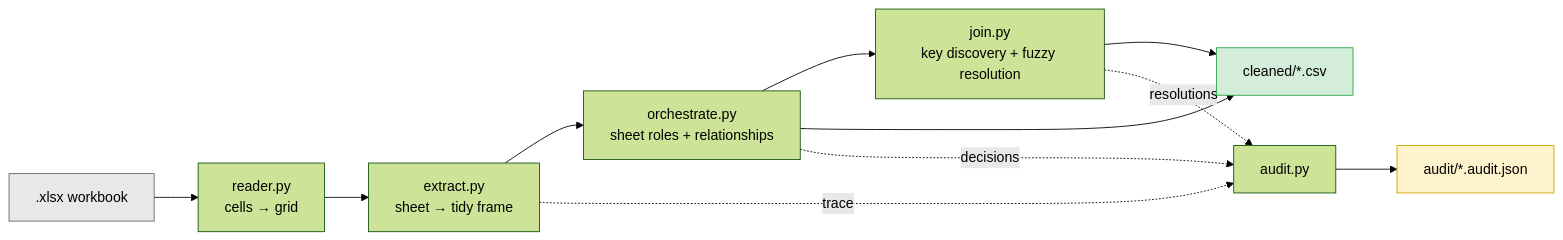
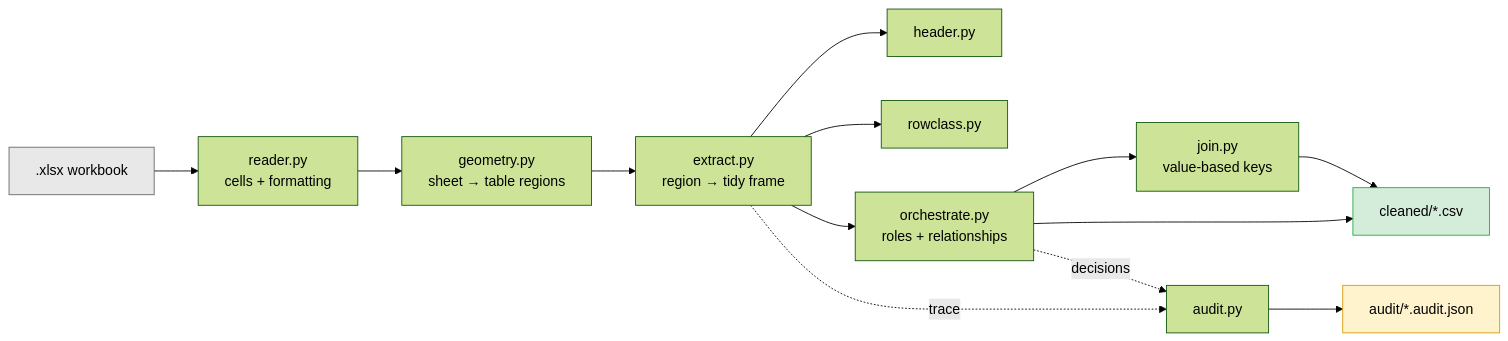
Before and after one commit to rahul-neogi-exavalu/Dirty_excel_cleaner: the first of 4 diagrams in ARCHITECTURE.md, drawn with Mermaid (forest theme). The commit also changed other lines of this file and 48 other files, not shown here.

````diff
--- a/ARCHITECTURE.md
+++ b/ARCHITECTURE.md
@@ -14,17 +17,19 @@
 ```mermaid
 flowchart LR
-    XLSX[".xlsx workbook"] --> R["reader.py<br/>cells → grid"]
-    R --> E["extract.py<br/>sheet → tidy frame"]
-    E --> O["orchestrate.py<br/>sheet roles + relationships"]
-    O --> J["join.py<br/>key discovery + fuzzy resolution"]
+    XLSX[".xlsx workbook"] --> R["reader.py<br/>cells + formatting"]
+    R --> G["geometry.py<br/>sheet → table regions"]
+    G --> E["extract.py<br/>region → tidy frame"]
+    E --> H["header.py"]
+    E --> RC["rowclass.py"]
+    E --> O["orchestrate.py<br/>roles + relationships"]
+    O --> J["join.py<br/>value-based keys"]
     O --> CSV["cleaned/*.csv"]
     J --> CSV
     E -. trace .-> A["audit.py"]
     O -. decisions .-> A
-    J -. resolutions .-> A
     A --> JSON["audit/*.audit.json"]
 
     style XLSX fill:#e8e8e8,stroke:#666
     style CSV fill:#d4edda,stroke:#28a745
     style JSON fill:#fff3cd,stroke:#d39e00
 ```
````
